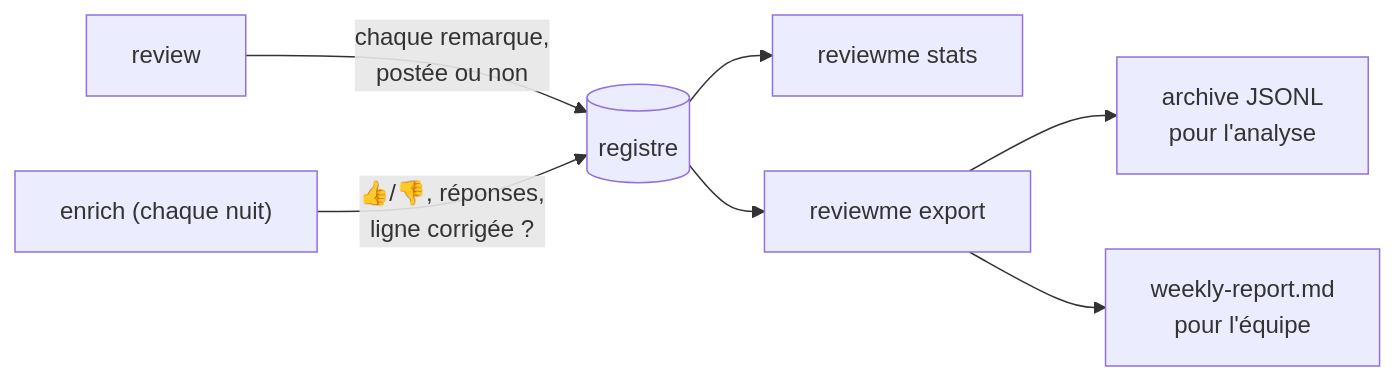
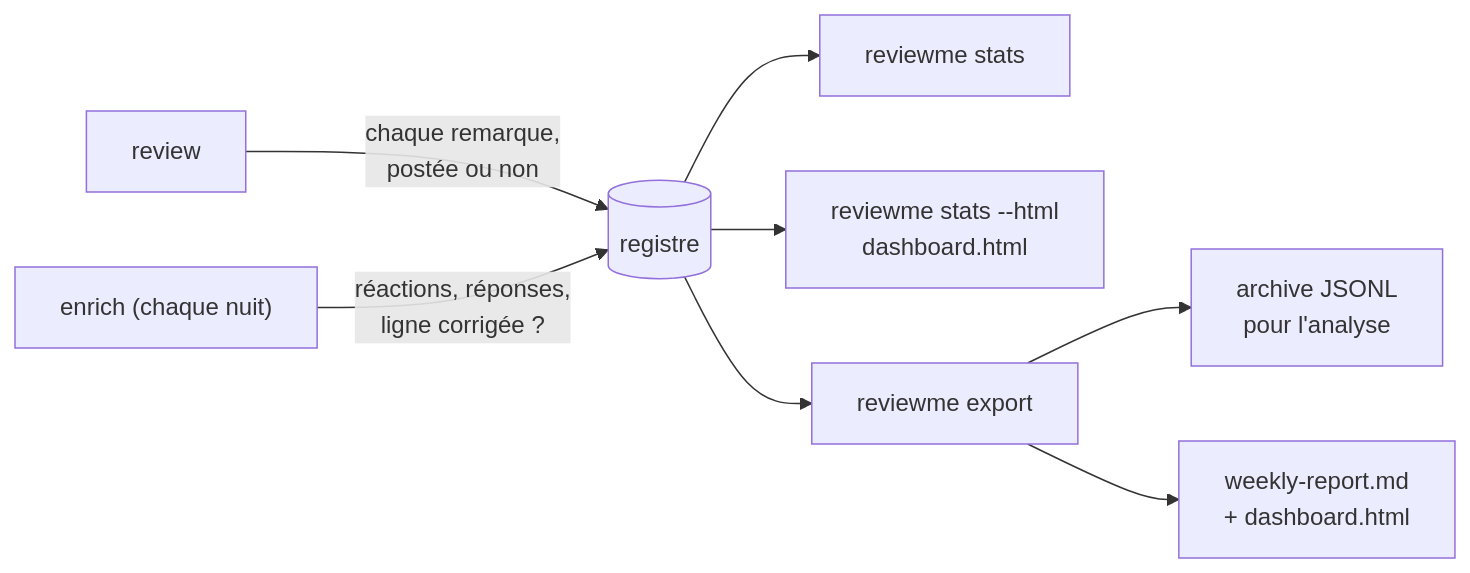
Before and after one commit to AccorECOM/reviewme: the third of 3 diagrams in README.fr.md, drawn with Mermaid. The commit also changed other lines of this file and 1 other file, not shown here.

First line of the commit message:
add(docs) - Statistics: dashboard, history, triage, ROI and [stats] settings documented

````diff
--- a/README.fr.md
+++ b/README.fr.md
@@ -285,9 +285,10 @@
 ```mermaid
 flowchart LR
     R[review] -->|chaque remarque,<br/>postée ou non| L[(registre)]
-    N["enrich (chaque nuit)"] -->|"👍/👎, réponses,<br/>ligne corrigée ?"| L
+    N["enrich (chaque nuit)"] -->|"réactions, réponses,<br/>ligne corrigée ?"| L
     L --> S[reviewme stats]
+    L --> D["reviewme stats --html<br/>dashboard.html"]
     L --> X["reviewme export"]
     X --> A[archive JSONL<br/>pour l'analyse]
-    X --> W[weekly-report.md<br/>pour l'équipe]
+    X --> W[weekly-report.md<br/>+ dashboard.html]
 ```
````
